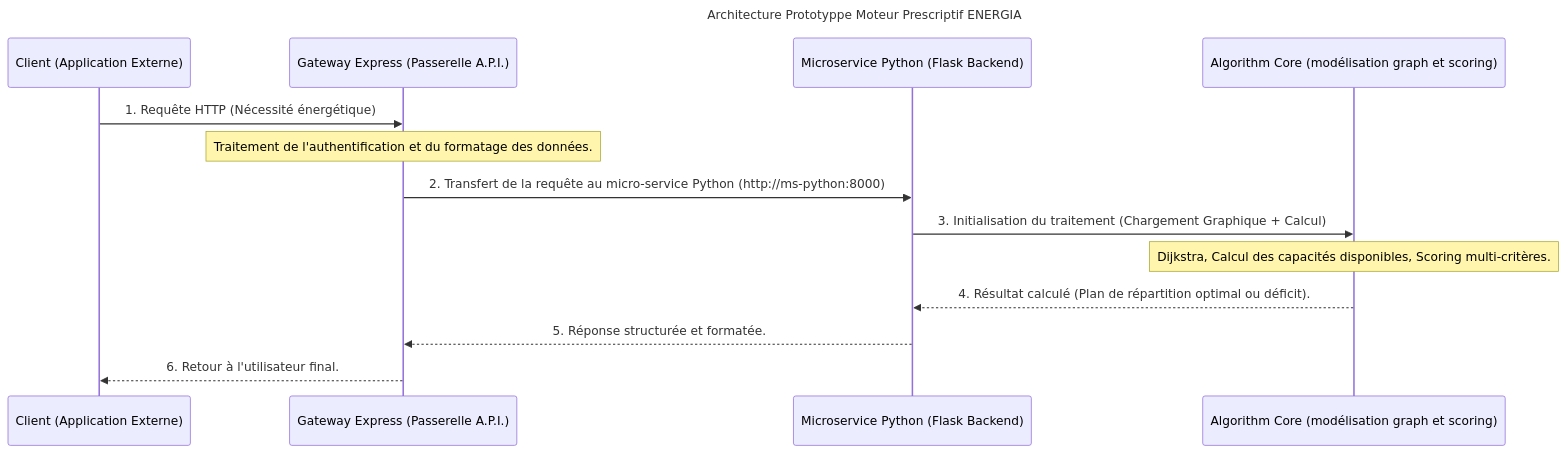
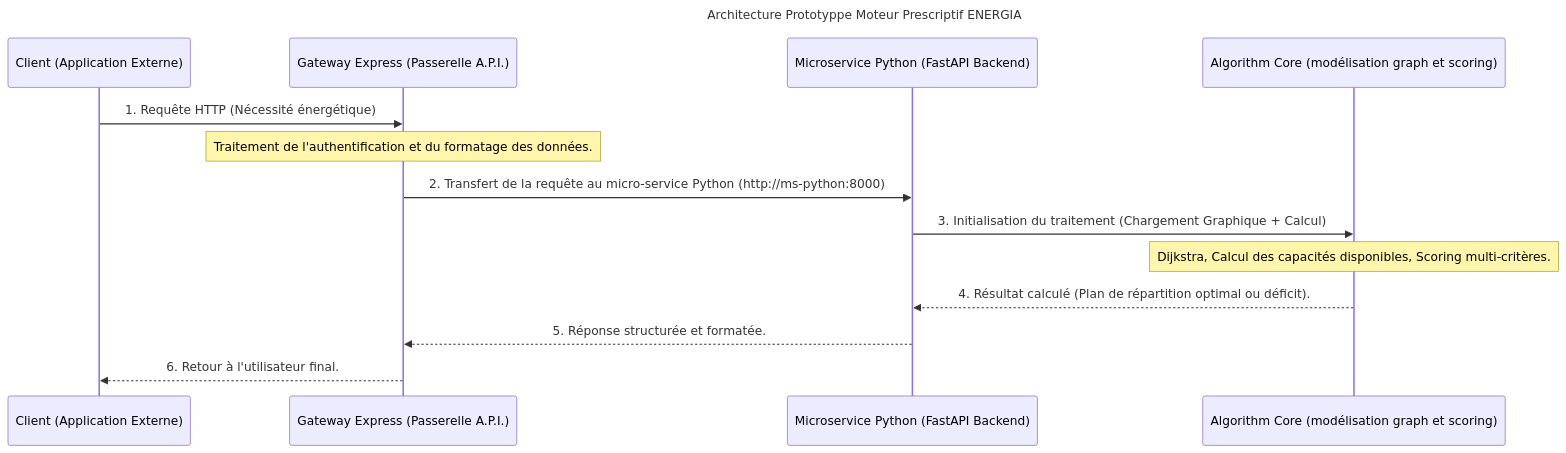
The diagram in README.md (tomtoomuch/energIA), drawn with Mermaid before and after one commit. The commit also changed other lines of this file and 14 other files, not shown here.

````diff
--- a/README.md
+++ b/README.md
@@ -11,21 +11,21 @@
 ```mermaid
 ---
 config:
   layout: elk
 title: Architecture Prototyppe Moteur Prescriptif ENERGIA
 ---
 sequenceDiagram
     participant C as Client (Application Externe)
     participant G as Gateway Express (Passerelle A.P.I.)
-    participant P as Microservice Python (Flask Backend)
+    participant P as Microservice Python (FastAPI Backend)
     participant A as Algorithm Core (modélisation graph et scoring)
 
     C->>G: 1. Requête HTTP (Nécessité énergétique)
     Note over G: Traitement de l'authentification et du formatage des données.
     G->>P: 2. Transfert de la requête au micro-service Python (http://ms-python:8000)
     P->>A: 3. Initialisation du traitement (Chargement Graphique + Calcul)
     Note over A: Dijkstra, Calcul des capacités disponibles, Scoring multi-critères.
     A-->>P: 4. Résultat calculé (Plan de répartition optimal ou déficit).
     P-->>G: 5. Réponse structurée et formatée.
     G-->>C: 6. Retour à l'utilisateur final.
 ```
````
